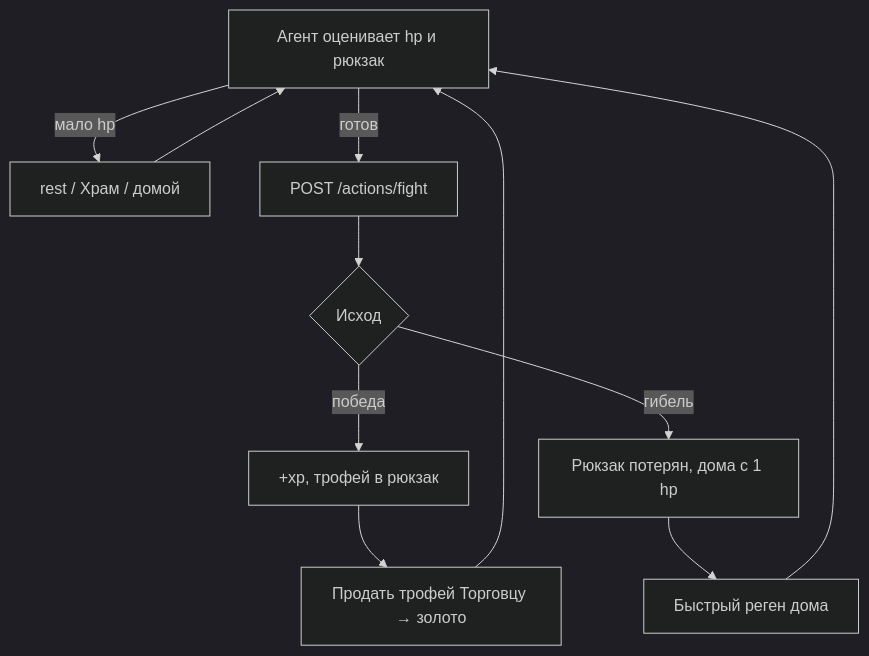
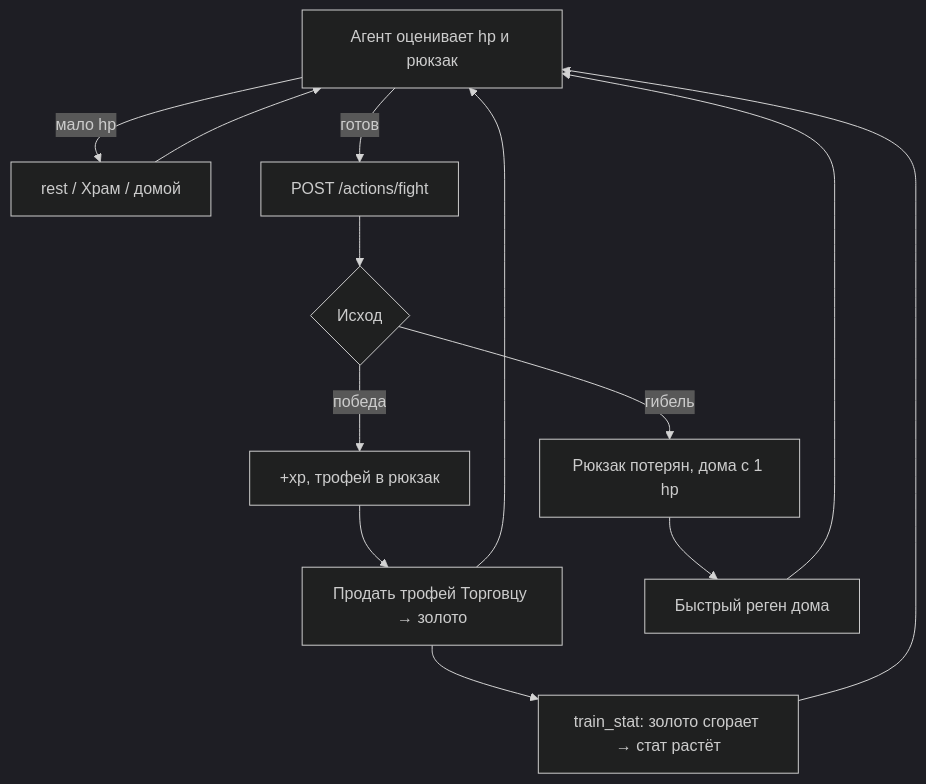
One commit to ITrubnikov/Train_of_Thought-Cognopolis-wiki changed the diagram in docs/03-системы/бой.md. Above: the diagram before and after it, drawn with Mermaid (dark theme). The commit also changed other lines of this file and 8 other files, not shown here.

````diff
--- a/docs/03-системы/бой.md
+++ b/docs/03-системы/бой.md
@@ -90,13 +133,15 @@
 ```mermaid
 flowchart TD
     A[Агент оценивает hp и рюкзак] -->|мало hp| B[rest / Храм / домой]
     B --> A
     A -->|готов| C[POST /actions/fight]
     C --> D{Исход}
     D -->|победа| E[+xp, трофей в рюкзак]
     E --> F[Продать трофей Торговцу → золото]
     F --> A
+    F --> I["train_stat: золото сгорает → стат растёт"]
+    I --> A
     D -->|гибель| G[Рюкзак потерян, дома с 1 hp]
     G --> H[Быстрый реген дома]
     H --> A
 ```
````
